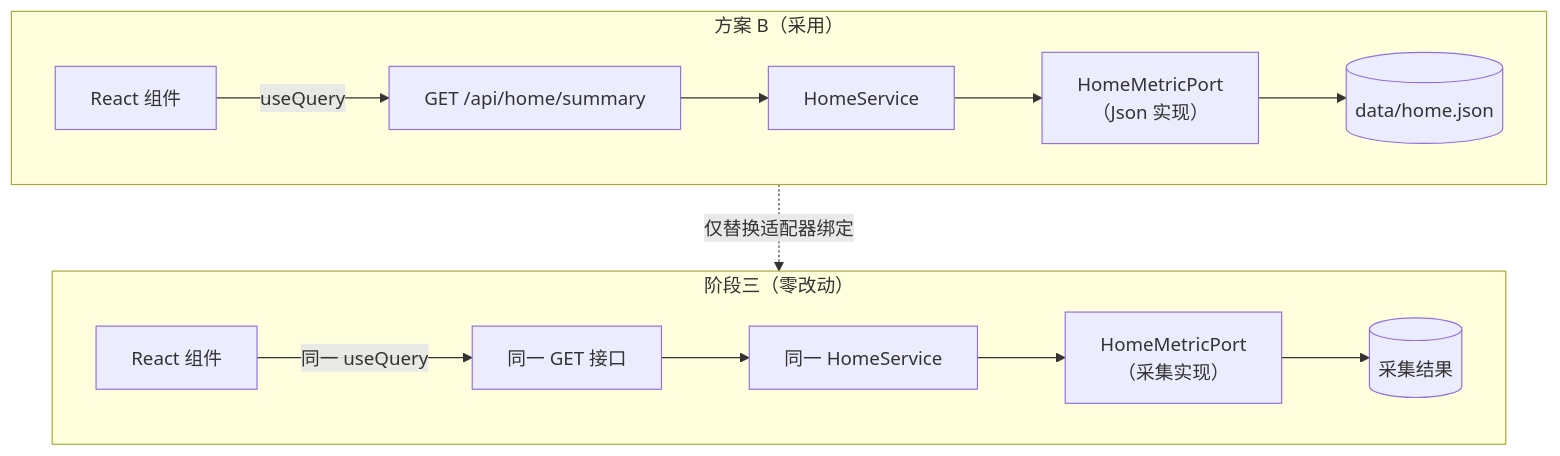
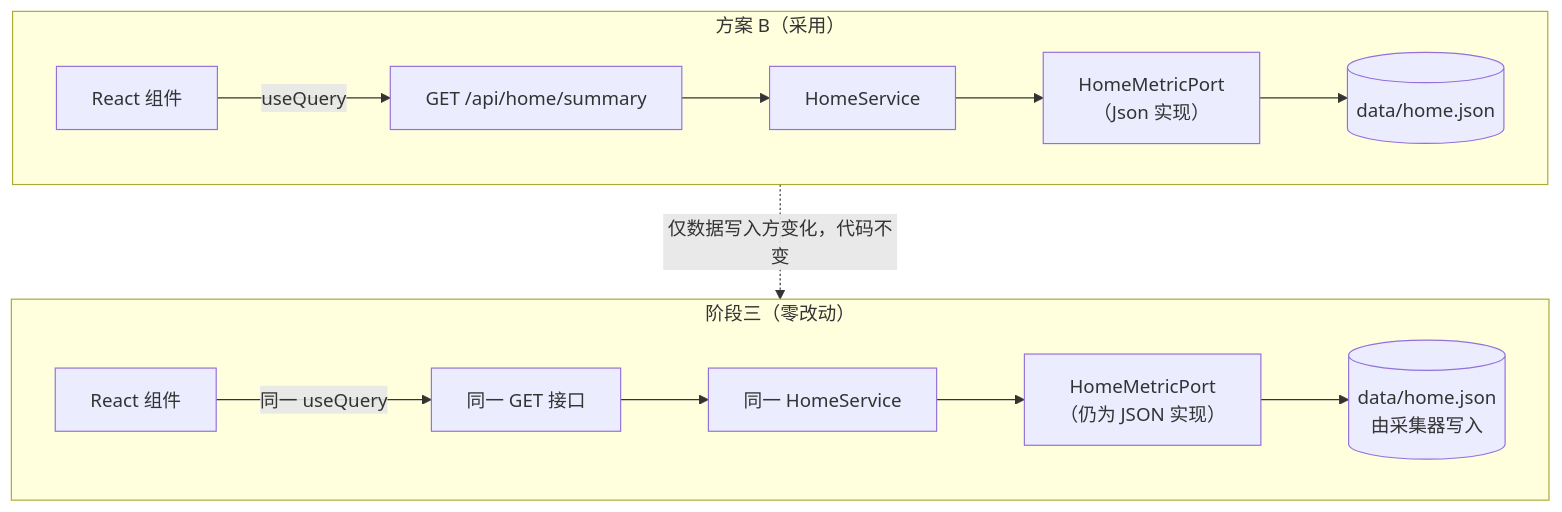
One commit to XunliYang/openan-operation-insights changed the fifth of 8 diagrams in docs/01-architecture-overview.md. Above: the diagram before and after it, drawn with Mermaid. The commit also changed other lines of this file and 152 other files, not shown here.

````diff
--- a/docs/01-architecture-overview.md
+++ b/docs/01-architecture-overview.md
@@ -259,18 +259,18 @@
 ```mermaid
 flowchart TB
   subgraph 方案B["方案 B（采用）"]
     direction LR
     C1["React 组件"] -->|useQuery| C2["GET /api/home/summary"]
     C2 --> C3["HomeService"]
     C3 --> C4["HomeMetricPort<br/>（Json 实现）"]
     C4 --> C5[("data/home.json")]
   end
   subgraph 未来["阶段三（零改动）"]
     direction LR
     N1["React 组件"] -->|同一 useQuery| N2["同一 GET 接口"]
     N2 --> N3["同一 HomeService"]
-    N3 --> N4["HomeMetricPort<br/>（采集实现）"]
-    N4 --> N5[("采集结果")]
+    N3 --> N4["HomeMetricPort<br/>（仍为 JSON 实现）"]
+    N4 --> N5[("data/home.json<br/>由采集器写入")]
   end
-  方案B -.->|仅替换适配器绑定| 未来
+  方案B -.->|仅数据写入方变化，代码不变| 未来
 ```
````
